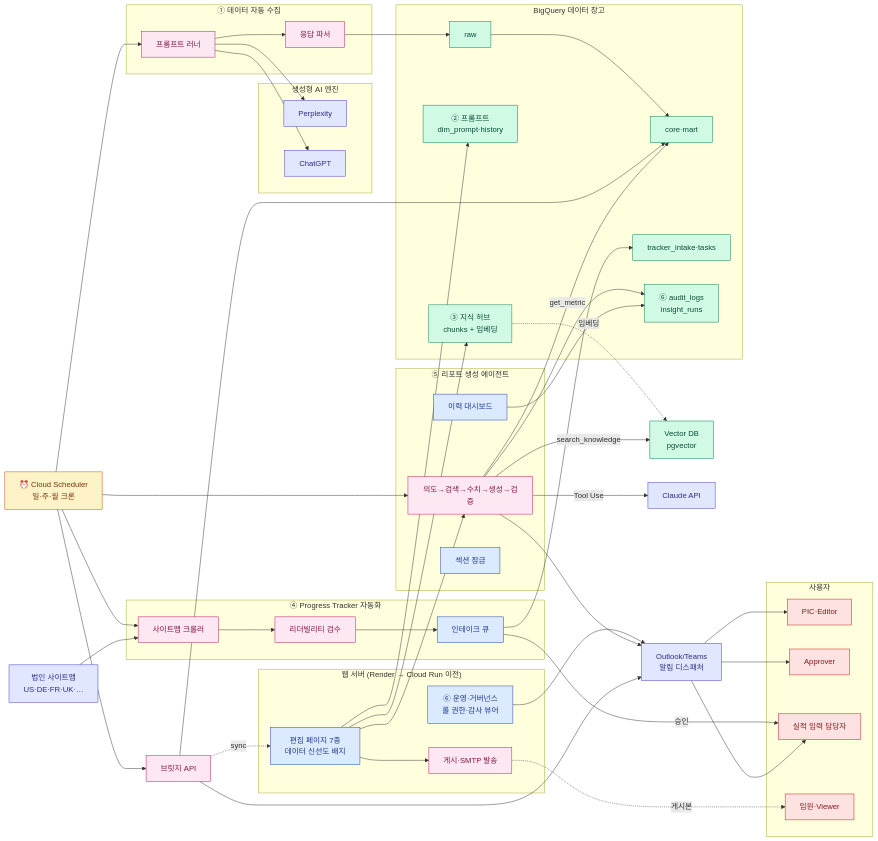
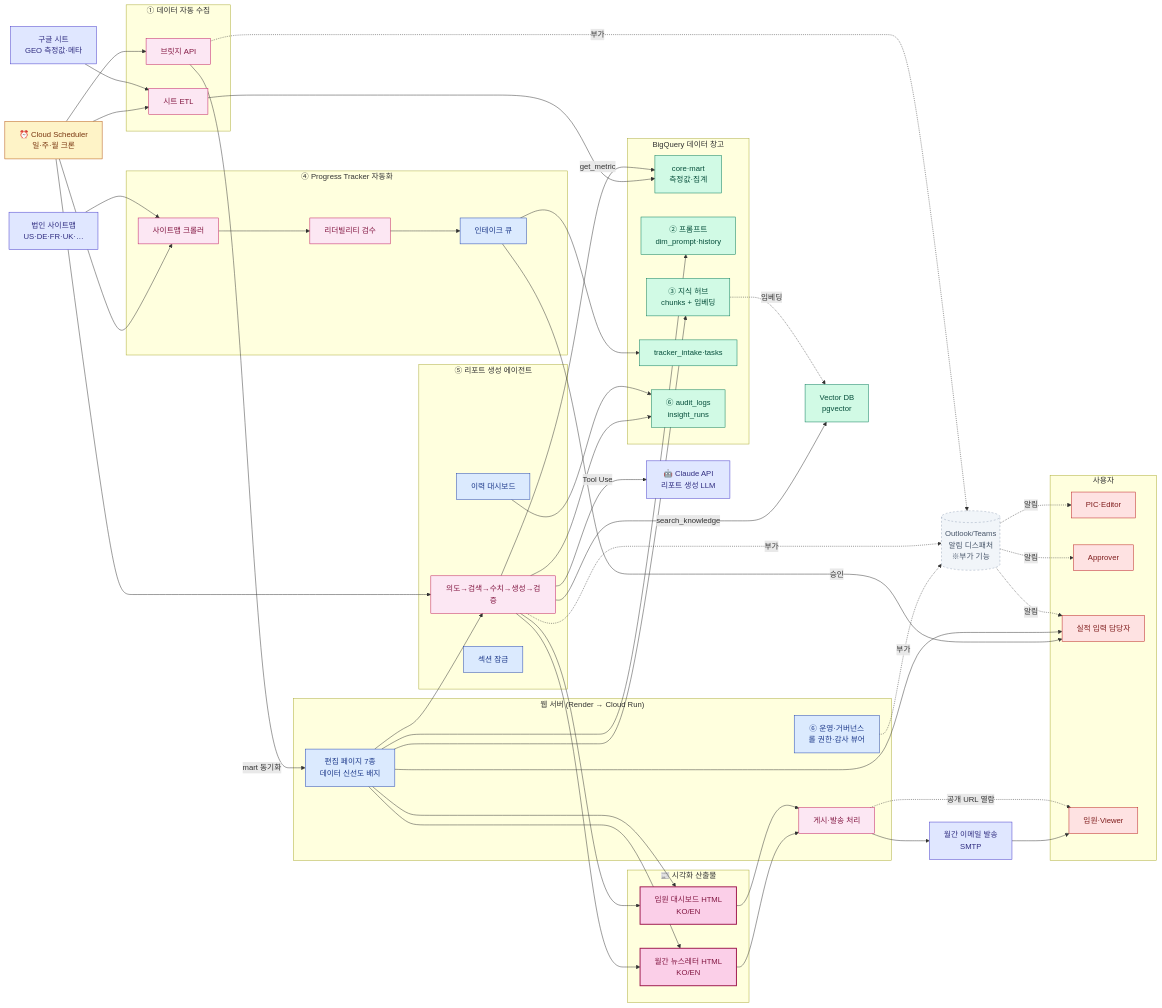
One commit to mts8787-droid/my-geo-newsletter changed the second of 3 diagrams in docs/ADMIN_PLAN.md. Above: the diagram before and after it, drawn with Mermaid. The commit also changed other lines of this file and 1 other file, not shown here.

Commit message:
docs: To-Be 도식 재작성 — 시각화 강조, 단일 LLM(Claude) 정책, 알림은 부가
ADMIN_PLAN v12 / GCP_INFRA v3 통합 변경:

To-Be 아키텍처 도식 (§3):
- '시각화 산출물' 박스 신설 (월간 뉴스레터 HTML + 임원 대시보드 HTML)
  · 분홍 굵은 선으로 강조 → 뉴스레터/대시보드 심리스 동시 생성
  · 동일 BigQuery 데이터 + 동일 에이전트 → 톤·수치·근거 자동 일치
- 게시·SMTP 발송 → 임원 열람 흐름을 명시
- Outlook/Teams 알림을 점선·회색의 '부가 기능'으로 분리 (메인 흐름과 시각적으로 구분)
- 측정 엔진 호출 (Perplexity/ChatGPT) 박스 제거
- 도식 읽는 법 갱신

데이터 파이프라인 자동화 (§4.1):
- 'prompt-runner / response-parser' 제거
- '시트 ETL' 단일 컴포넌트로 단순화
- 측정 엔진 직접 호출 없음 명시
- 측정값은 외부 수집 → 구글 시트로 입수 → BigQuery ETL

인프라 결론 (§3.1):
- 단일 LLM(Claude API) 정책 명시
- Outlook/Teams = 부가 기능
- LLM·엔진 비용 $400~800 → Claude $20~50로 정정

GCP_INFRA v3:
- §3 컴퓨트: prompt-runner/response-parser 삭제, sheet-etl 신설
- §4 데이터: BigQuery raw 데이터셋 제거 (원본 응답 보존 불필요)
- §6 AI: '단일 LLM 정책' 명시, OpenAI/Gemini 후보 제거,
  Vertex는 임베딩 전용
- §10 외부 서비스: Perplexity/ChatGPT 제거
- §11 IAM: sa-prompt-runner/sa-response-parser → sa-sheet-etl
- §14 비용: 가변비를 Claude+임베딩 $15~25로 정정,
  총합 $70~150, 상한 $300
- §15 체크리스트: BigQuery 데이터셋 raw 제거
- §16 요약 도식: 컴퓨트·AI·외부 박스 갱신
- §17 결론: 핵심 원칙 7개로 재정리 (단일 LLM·엔진 미호출·일관성),
  기대 효과 표에 '뉴스레터·대시보드 일관성' 항목 추가

````diff
--- a/docs/ADMIN_PLAN.md
+++ b/docs/ADMIN_PLAN.md
@@ -108,14 +108,19 @@
   classDef run fill:#FCE7F3,stroke:#BE185D,color:#831843
   classDef bq fill:#D1FAE5,stroke:#047857,color:#064E3B
   classDef ui fill:#DBEAFE,stroke:#1E40AF,color:#1E3A8A
+  classDef out fill:#FBCFE8,stroke:#9D174D,color:#831843,stroke-width:2px
   classDef ext fill:#E0E7FF,stroke:#4338CA,color:#312E81
   classDef user fill:#FEE2E2,stroke:#B91C1C,color:#7F1D1D
+  classDef opt fill:#F1F5F9,stroke:#94A3B8,color:#475569,stroke-dasharray: 4 4
 
   Sched[⏰ Cloud Scheduler<br/>일·주·월 크론]:::sched
 
+  Sheets[구글 시트<br/>GEO 측정값·메타]:::ext
+  Sites[법인 사이트맵<br/>US·DE·FR·UK·…]:::ext
+
   subgraph Ingest["① 데이터 자동 수집"]
-    PR[프롬프트 러너]:::run
-    PS[응답 파서]:::run
+    ETL[시트 ETL]:::run
+    Bridge[브릿지 API]:::run
   end
 
   subgraph Tracker["④ Progress Tracker 자동화"]
@@ -124,14 +129,8 @@
     IQ[인테이크 큐]:::ui
   end
 
-  subgraph Engines["생성형 AI 엔진"]
-    Perp[Perplexity]:::ext
-    GPT[ChatGPT]:::ext
-  end
-
   subgraph Warehouse["BigQuery 데이터 창고"]
-    Raw[raw]:::bq
-    Core[core·mart]:::bq
+    Core[core·mart<br/>측정값·집계]:::bq
     Prompts[② 프롬프트<br/>dim_prompt·history]:::bq
     Knowledge[③ 지식 허브<br/>chunks + 임베딩]:::bq
     TrackDS[tracker_intake·tasks]:::bq
@@ -139,7 +138,8 @@
   end
 
   Vec[Vector DB<br/>pgvector]:::bq
-  Bridge[브릿지 API]:::run
+
+  Claude[🤖 Claude API<br/>리포트 생성 LLM]:::ext
 
   subgraph Agent["⑤ 리포트 생성 에이전트"]
     Loop[의도→검색→수치→생성→검증]:::run
@@ -147,15 +147,20 @@
     Lock[섹션 잠금]:::ui
   end
 
-  Claude[Claude API]:::ext
+  subgraph Render["📰 시각화 산출물"]
+    NL[월간 뉴스레터 HTML<br/>KO/EN]:::out
+    Dash[임원 대시보드 HTML<br/>KO/EN]:::out
+  end
 
-  subgraph WebApp["웹 서버 (Render → Cloud Run 이전)"]
+  Mail[월간 이메일 발송<br/>SMTP]:::ext
+
+  subgraph WebApp["웹 서버 (Render → Cloud Run)"]
     Editor[편집 페이지 7종<br/>데이터 신선도 배지]:::ui
     Gov[⑥ 운영·거버넌스<br/>롤 권한·감사 뷰어]:::ui
-    Pub[게시·SMTP 발송]:::run
+    Pub[게시·발송 처리]:::run
   end
 
-  Notif[Outlook/Teams<br/>알림 디스패처]:::ext
+  Notif[(Outlook/Teams<br/>알림 디스패처<br/>※부가 기능)]:::opt
 
   subgraph Users["사용자"]
     PIC[PIC·Editor]:::user
@@ -164,14 +169,12 @@
     Exec[임원·Viewer]:::user
   end
 
-  Sites[법인 사이트맵<br/>US·DE·FR·UK·…]:::ext
-
-  Sched --> PR --> Perp & GPT
-  PR --> PS --> Raw --> Core
+  Sched --> ETL
+  Sheets --> ETL --> Core
   Sched --> SC
   Sites --> SC --> RD --> IQ --> TrackDS
-  Sched --> Bridge --> Core
-  Bridge -.sync.-> Editor
+  Sched --> Bridge
+  Bridge -- mart 동기화 --> Editor
   Sched --> Loop
   Loop -- get_metric --> Core
   Loop -- search_knowledge --> Vec
@@ -182,11 +185,15 @@
   Editor --> Loop
   Editor --> Prompts
   Editor --> Knowledge
+  Loop --> NL & Dash
+  Editor --> NL & Dash
+  NL --> Pub --> Mail --> Exec
+  Dash --> Pub
+  Pub -. 공개 URL 열람 .-> Exec
   IQ -- 승인 --> Contrib
-  Gov --> Notif
-  Loop --> Notif
-  Bridge --> Notif
-  Notif --> PIC & Appr & Contrib
-  Editor --> Pub
-  Pub -.게시본.-> Exec
+  Editor --> Contrib
+  Gov -. 부가 .-> Notif
+  Loop -. 부가 .-> Notif
+  Bridge -. 부가 .-> Notif
+  Notif -. 알림 .-> PIC & Appr & Contrib
 ```
````
